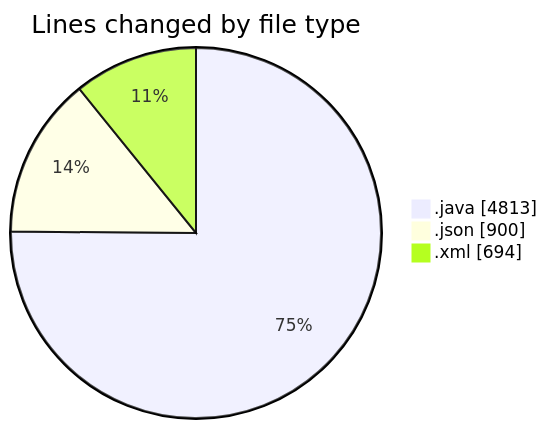
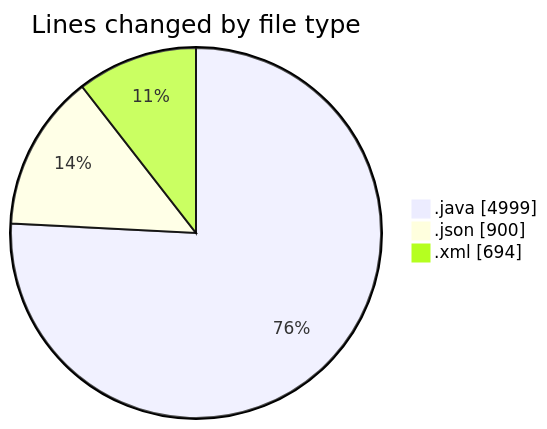
Before and after one commit to ricardozamudiocil/code-tracking: the first of 2 diagrams in 2026-03-31/cilapp/README.md, drawn with Mermaid. The commit also changed other lines of this file and 1 other file, not shown here.

````diff
--- a/2026-03-31/cilapp/README.md
+++ b/2026-03-31/cilapp/README.md
@@ -24,7 +25,7 @@
 ```mermaid
 pie showData
 title Lines changed by file type
-".java" : 4813
+".java" : 4999
 ".json" : 900
 ".xml" : 694
 ```
````
